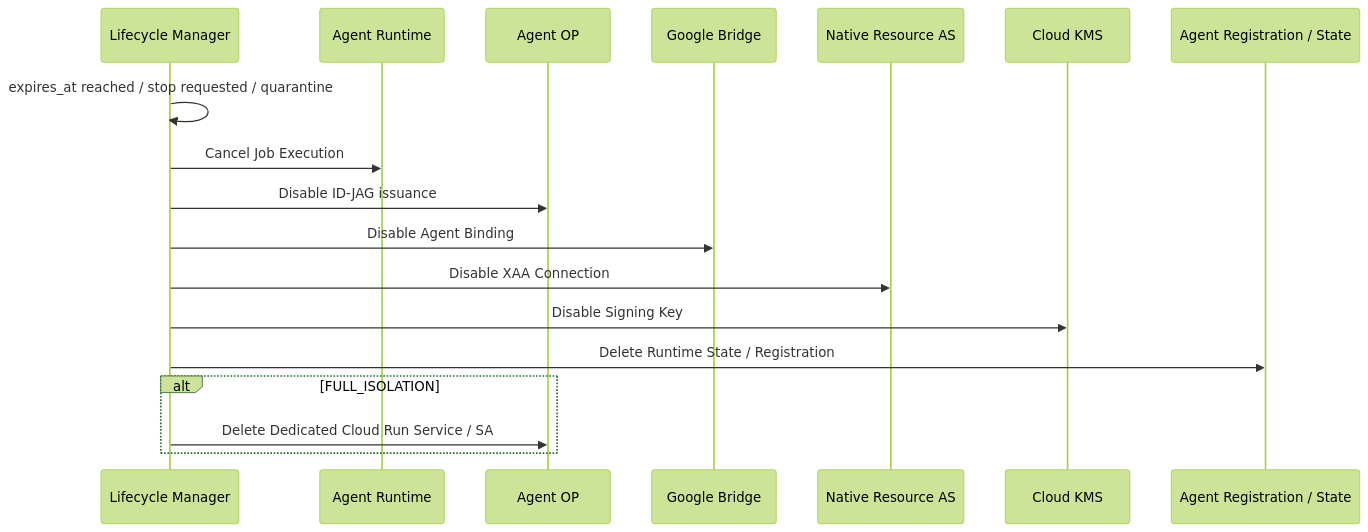
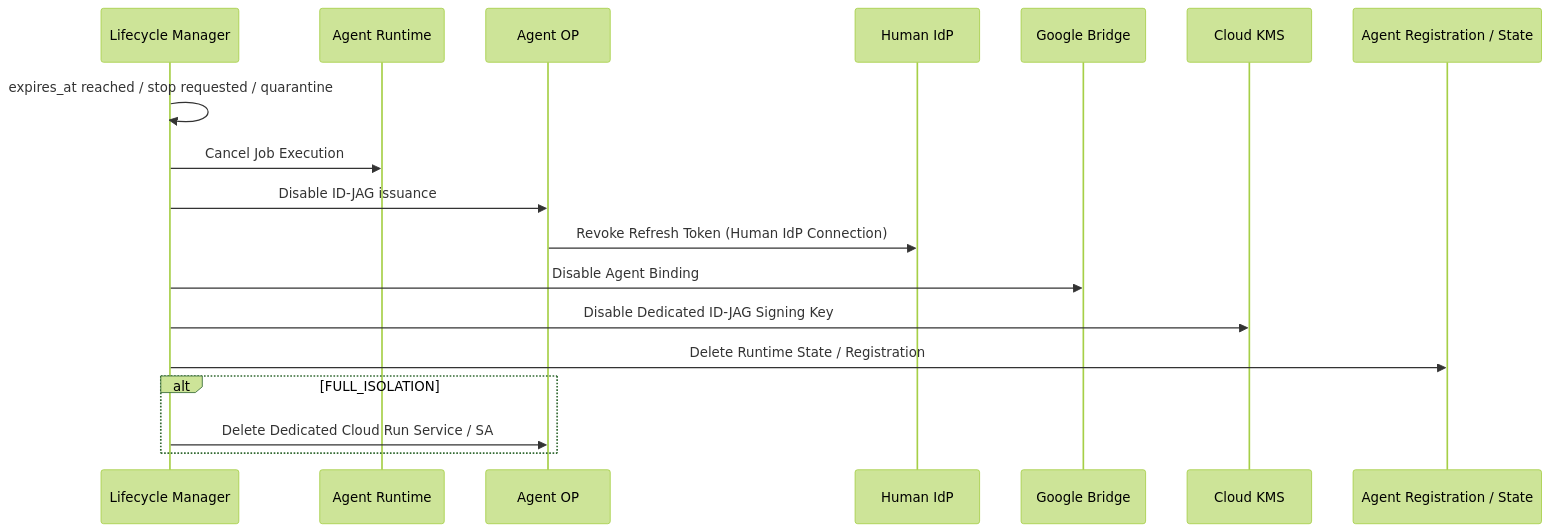
Before and after one commit to maronnjapan/agent-xaa-platform: the second of 2 diagrams in docs/07-lifecycle.md, drawn with Mermaid (forest theme). The commit also changed other lines of this file and 13 other files, not shown here.

````diff
--- a/docs/07-lifecycle.md
+++ b/docs/07-lifecycle.md
@@ -190,21 +213,21 @@
 ```mermaid
 sequenceDiagram
     participant LIFE as Lifecycle Manager
     participant RUN as Agent Runtime
     participant OP as Agent OP
+    participant HIDP as Human IdP
     participant BR as Google Bridge
-    participant AS as Native Resource AS
     participant KMS as Cloud KMS
     participant CFG as Agent Registration / State
 
     LIFE->>LIFE: expires_at reached / stop requested / quarantine
     LIFE->>RUN: Cancel Job Execution
     LIFE->>OP: Disable ID-JAG issuance
+    OP->>HIDP: Revoke Refresh Token (Human IdP Connection)
     LIFE->>BR: Disable Agent Binding
-    LIFE->>AS: Disable XAA Connection
-    LIFE->>KMS: Disable Signing Key
+    LIFE->>KMS: Disable Dedicated ID-JAG Signing Key
     LIFE->>CFG: Delete Runtime State / Registration
     alt FULL_ISOLATION
         LIFE->>OP: Delete Dedicated Cloud Run Service / SA
     end
 ```
````
